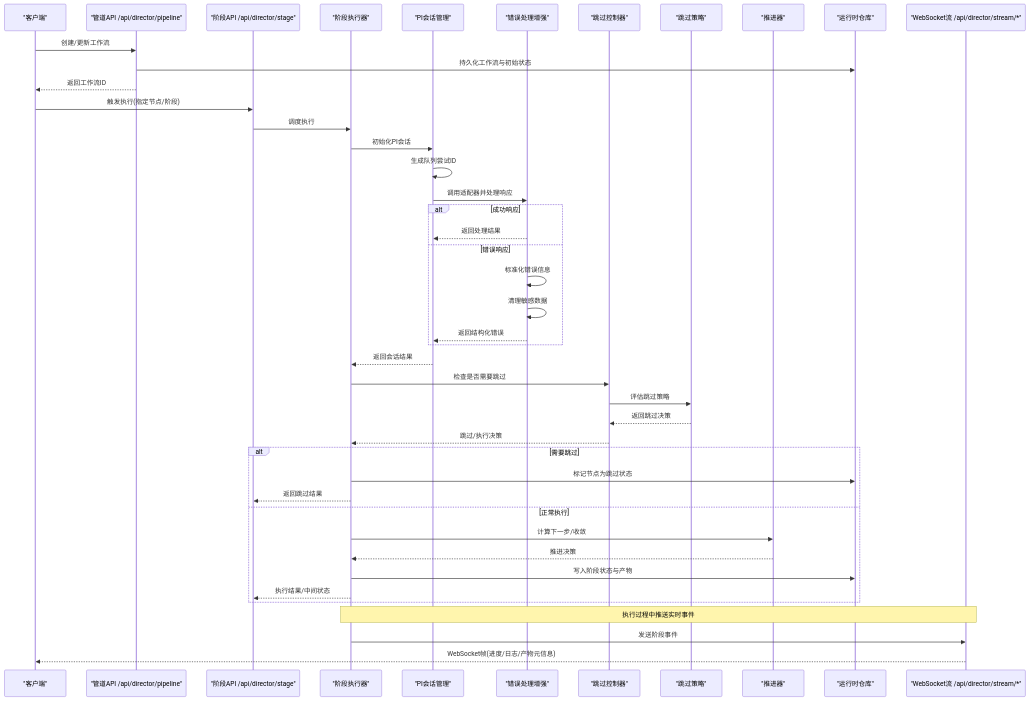
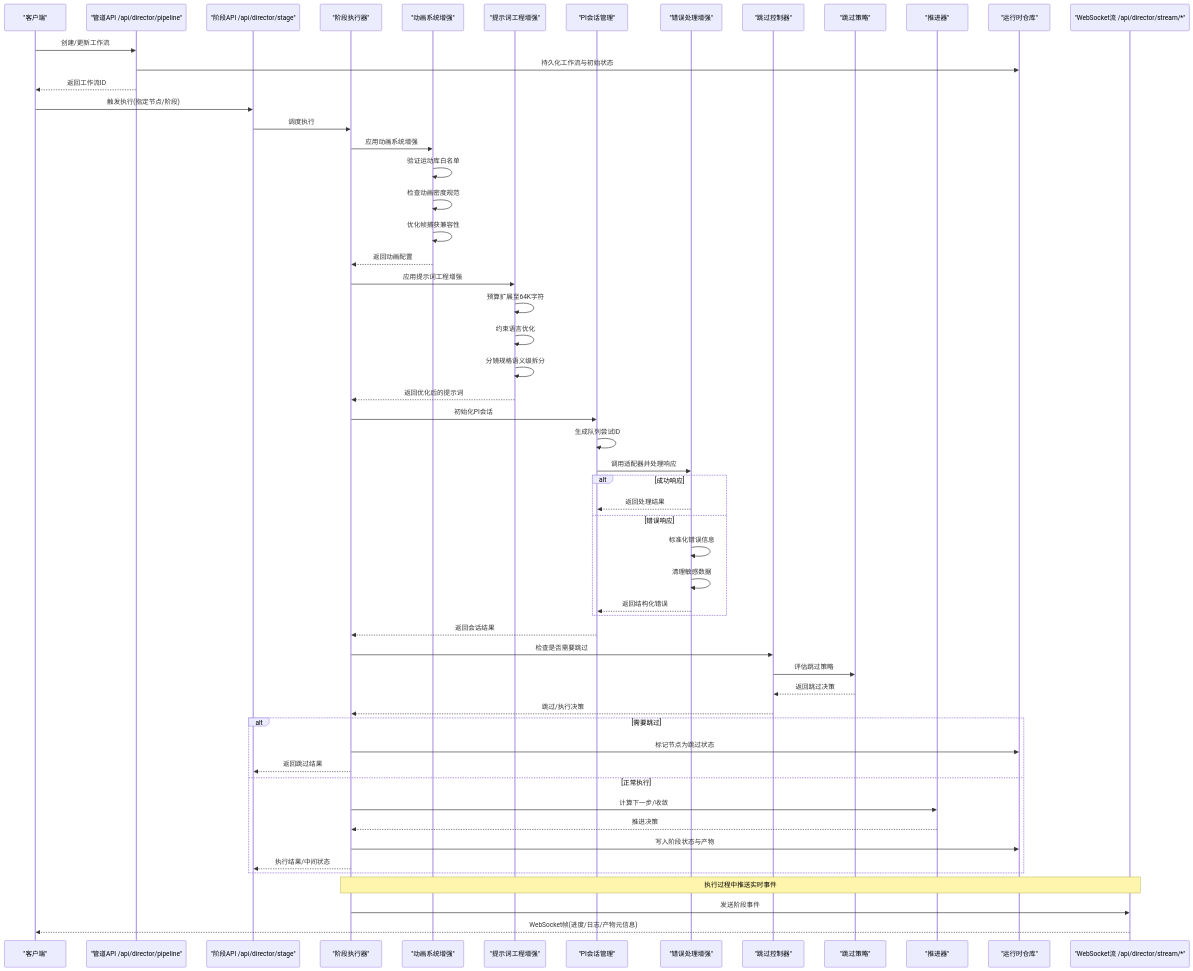
One commit to scottcwy/PurpleInk changed the second of 9 diagrams in .qoder/repowiki/zh/content/API参考/导演系统API/导演系统API.md. Above: the diagram before and after it, drawn with Mermaid. The commit also changed other lines of this file and 23 other files, not shown here.

````diff
--- a/.qoder/repowiki/zh/content/API参考/导演系统API/导演系统API.md
+++ b/.qoder/repowiki/zh/content/API参考/导演系统API/导演系统API.md
@@ -138,46 +150,58 @@
 ```mermaid
 sequenceDiagram
 participant C as "客户端"
 participant P as "管道API /api/director/pipeline"
 participant S as "阶段API /api/director/stage"
 participant R as "阶段执行器"
+participant AS as "动画系统增强"
+participant PE as "提示词工程增强"
 participant PS as "PI会话管理"
 participant E as "错误处理增强"
 participant SK as "跳过控制器"
 participant SP as "跳过策略"
 participant A as "推进器"
 participant D as "运行时仓库"
 participant W as "WebSocket流 /api/director/stream/*"
 C->>P : 创建/更新工作流
 P->>D : 持久化工作流与初始状态
 P-->>C : 返回工作流ID
 C->>S : 触发执行(指定节点/阶段)
 S->>R : 调度执行
+R->>AS : 应用动画系统增强
+AS->>AS : 验证运动库白名单
+AS->>AS : 检查动画密度规范
+AS->>AS : 优化帧捕获兼容性
+AS-->>R : 返回动画配置
+R->>PE : 应用提示词工程增强
+PE->>PE : 预算扩展至64K字符
+PE->>PE : 约束语言优化
+PE->>PE : 分镜规格语义级拆分
+PE-->>R : 返回优化后的提示词
 R->>PS : 初始化PI会话
 PS->>PS : 生成队列尝试ID
 PS->>E : 调用适配器并处理响应
 alt 成功响应
 E-->>PS : 返回处理结果
 else 错误响应
 E->>E : 标准化错误信息
 E->>E : 清理敏感数据
 E-->>PS : 返回结构化错误
 end
 PS-->>R : 返回会话结果
 R->>SK : 检查是否需要跳过
 SK->>SP : 评估跳过策略
 SP-->>SK : 返回跳过决策
 SK-->>R : 跳过/执行决策
 alt 需要跳过
 R->>D : 标记节点为跳过状态
 R-->>S : 返回跳过结果
 else 正常执行
 R->>A : 计算下一步/收敛
 A-->>R : 推进决策
 R->>D : 写入阶段状态与产物
 R-->>S : 执行结果/中间状态
 end
 Note over R,W : 执行过程中推送实时事件
 R->>W : 发送阶段事件
 W-->>C : WebSocket帧(进度/日志/产物元信息)
 ```
````
